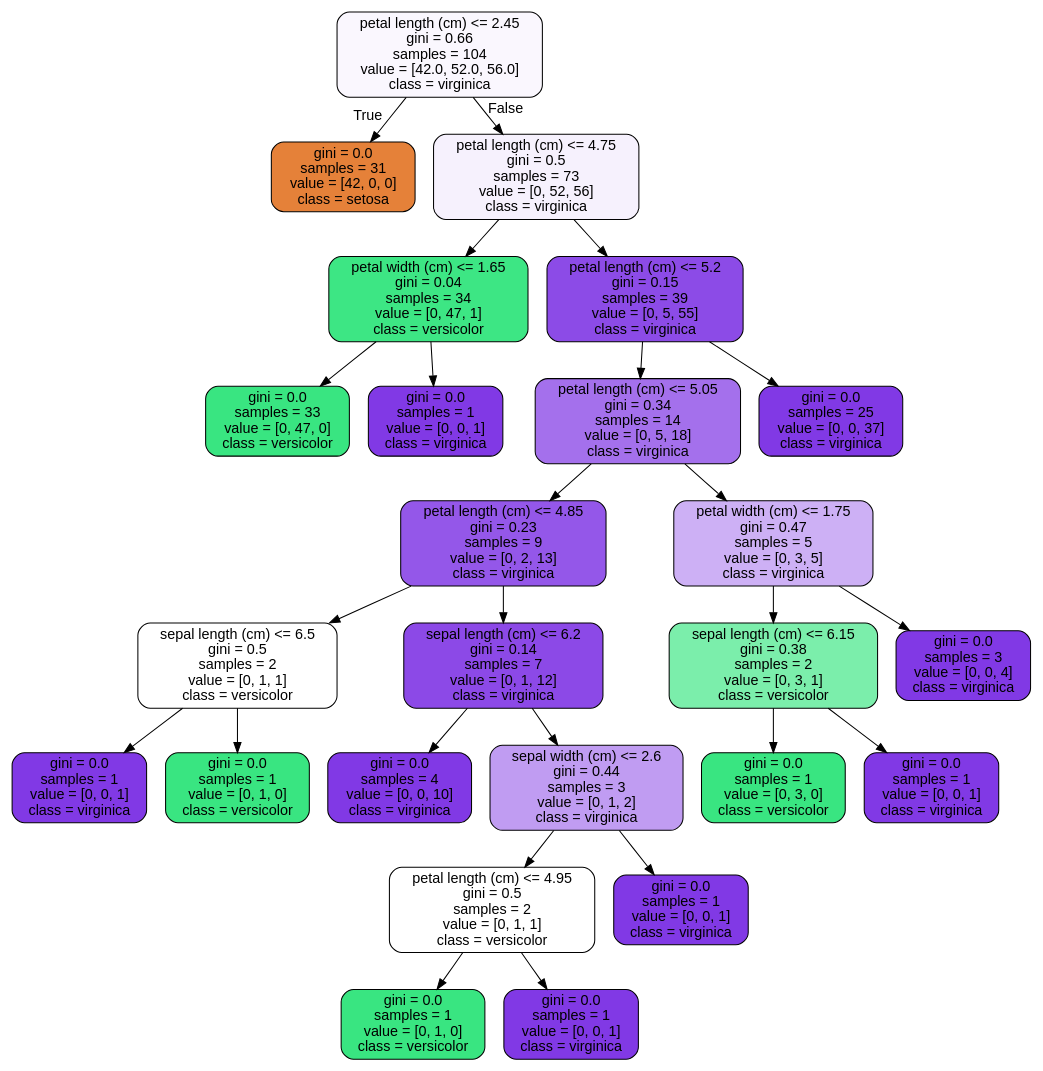
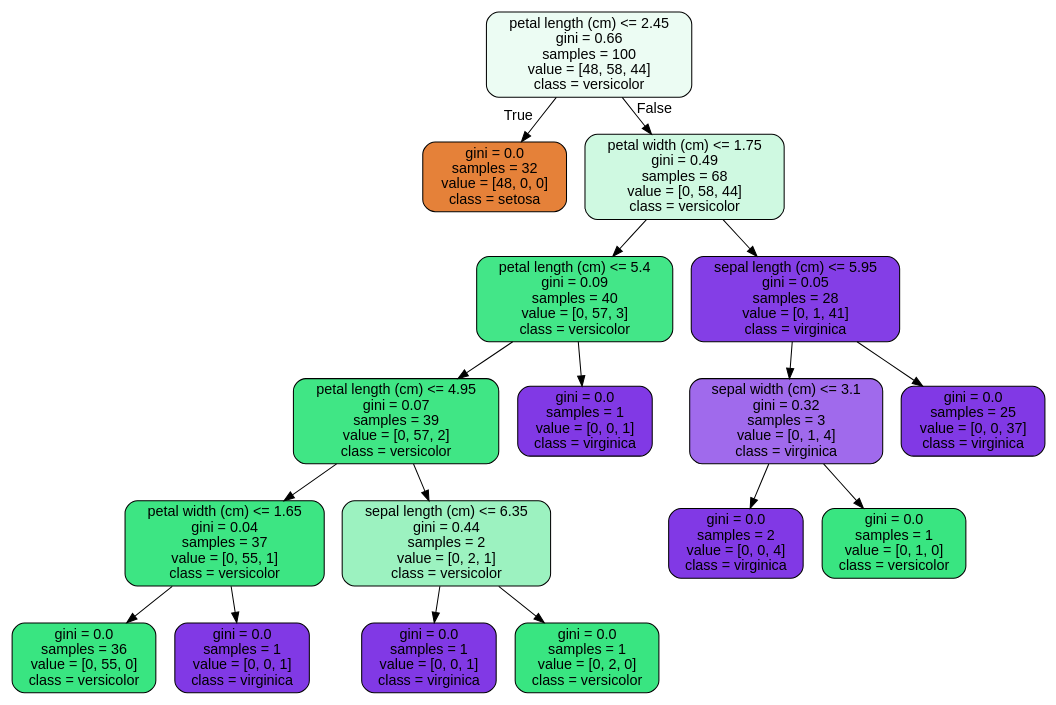
Before and after one commit to ErockMahan1/SpringBoardProjects: the diagram in 25.4 - Ensemble Methods/tree.dot, drawn with Graphviz. The commit also changed 3 other files, not shown here.

```diff
--- a/25.4 - Ensemble Methods/tree.dot
+++ b/25.4 - Ensemble Methods/tree.dot
@@ -1,53 +1,37 @@
 digraph Tree {
 node [shape=box, style="filled, rounded", color="black", fontname="helvetica"] ;
 edge [fontname="helvetica"] ;
-0 [label="petal length (cm) <= 2.45\ngini = 0.66\nsamples = 104\nvalue = [42.0, 52.0, 56.0]\nclass = virginica", fillcolor="#faf7fe"] ;
-1 [label="gini = 0.0\nsamples = 31\nvalue = [42, 0, 0]\nclass = setosa", fillcolor="#e58139"] ;
+0 [label="petal length (cm) <= 2.45\ngini = 0.66\nsamples = 100\nvalue = [48, 58, 44]\nclass = versicolor", fillcolor="#ecfcf3"] ;
+1 [label="gini = 0.0\nsamples = 32\nvalue = [48, 0, 0]\nclass = setosa", fillcolor="#e58139"] ;
 0 -> 1 [labeldistance=2.5, labelangle=45, headlabel="True"] ;
-2 [label="petal length (cm) <= 4.75\ngini = 0.5\nsamples = 73\nvalue = [0, 52, 56]\nclass = virginica", fillcolor="#f6f1fd"] ;
+2 [label="petal width (cm) <= 1.75\ngini = 0.49\nsamples = 68\nvalue = [0, 58, 44]\nclass = versicolor", fillcolor="#cff9e1"] ;
 0 -> 2 [labeldistance=2.5, labelangle=-45, headlabel="False"] ;
-3 [label="petal width (cm) <= 1.65\ngini = 0.04\nsamples = 34\nvalue = [0, 47, 1]\nclass = versicolor", fillcolor="#3de684"] ;
+3 [label="petal length (cm) <= 5.4\ngini = 0.09\nsamples = 40\nvalue = [0, 57, 3]\nclass = versicolor", fillcolor="#43e688"] ;
 2 -> 3 ;
-4 [label="gini = 0.0\nsamples = 33\nvalue = [0, 47, 0]\nclass = versicolor", fillcolor="#39e581"] ;
+4 [label="petal length (cm) <= 4.95\ngini = 0.07\nsamples = 39\nvalue = [0, 57, 2]\nclass = versicolor", fillcolor="#40e685"] ;
 3 -> 4 ;
-5 [label="gini = 0.0\nsamples = 1\nvalue = [0, 0, 1]\nclass = virginica", fillcolor="#8139e5"] ;
-3 -> 5 ;
-6 [label="petal length (cm) <= 5.2\ngini = 0.15\nsamples = 39\nvalue = [0, 5, 55]\nclass = virginica", fillcolor="#8c4be7"] ;
-2 -> 6 ;
-7 [label="petal length (cm) <= 5.05\ngini = 0.34\nsamples = 14\nvalue = [0, 5, 18]\nclass = virginica", fillcolor="#a470ec"] ;
-6 -> 7 ;
-8 [label="petal length (cm) <= 4.85\ngini = 0.23\nsamples = 9\nvalue = [0, 2, 13]\nclass = virginica", fillcolor="#9457e9"] ;
-7 -> 8 ;
-9 [label="sepal length (cm) <= 6.5\ngini = 0.5\nsamples = 2\nvalue = [0, 1, 1]\nclass = versicolor", fillcolor="#ffffff"] ;
+5 [label="petal width (cm) <= 1.65\ngini = 0.04\nsamples = 37\nvalue = [0, 55, 1]\nclass = versicolor", fillcolor="#3de583"] ;
+4 -> 5 ;
+6 [label="gini = 0.0\nsamples = 36\nvalue = [0, 55, 0]\nclass = versicolor", fillcolor="#39e581"] ;
+5 -> 6 ;
+7 [label="gini = 0.0\nsamples = 1\nvalue = [0, 0, 1]\nclass = virginica", fillcolor="#8139e5"] ;
+5 -> 7 ;
+8 [label="sepal length (cm) <= 6.35\ngini = 0.44\nsamples = 2\nvalue = [0, 2, 1]\nclass = versicolor", fillcolor="#9cf2c0"] ;
+4 -> 8 ;
+9 [label="gini = 0.0\nsamples = 1\nvalue = [0, 0, 1]\nclass = virginica", fillcolor="#8139e5"] ;
 8 -> 9 ;
-10 [label="gini = 0.0\nsamples = 1\nvalue = [0, 0, 1]\nclass = virginica", fillcolor="#8139e5"] ;
-9 -> 10 ;
-11 [label="gini = 0.0\nsamples = 1\nvalue = [0, 1, 0]\nclass = versicolor", fillcolor="#39e581"] ;
-9 -> 11 ;
-12 [label="sepal length (cm) <= 6.2\ngini = 0.14\nsamples = 7\nvalue = [0, 1, 12]\nclass = virginica", fillcolor="#8c49e7"] ;
-8 -> 12 ;
-13 [label="gini = 0.0\nsamples = 4\nvalue = [0, 0, 10]\nclass = virginica", fillcolor="#8139e5"] ;
+10 [label="gini = 0.0\nsamples = 1\nvalue = [0, 2, 0]\nclass = versicolor", fillcolor="#39e581"] ;
+8 -> 10 ;
+11 [label="gini = 0.0\nsamples = 1\nvalue = [0, 0, 1]\nclass = virginica", fillcolor="#8139e5"] ;
+3 -> 11 ;
+12 [label="sepal length (cm) <= 5.95\ngini = 0.05\nsamples = 28\nvalue = [0, 1, 41]\nclass = virginica", fillcolor="#843ee6"] ;
+2 -> 12 ;
+13 [label="sepal width (cm) <= 3.1\ngini = 0.32\nsamples = 3\nvalue = [0, 1, 4]\nclass = virginica", fillcolor="#a06aec"] ;
 12 -> 13 ;
-14 [label="sepal width (cm) <= 2.6\ngini = 0.44\nsamples = 3\nvalue = [0, 1, 2]\nclass = virginica", fillcolor="#c09cf2"] ;
-12 -> 14 ;
-15 [label="petal length (cm) <= 4.95\ngini = 0.5\nsamples = 2\nvalue = [0, 1, 1]\nclass = versicolor", fillcolor="#ffffff"] ;
-14 -> 15 ;
-16 [label="gini = 0.0\nsamples = 1\nvalue = [0, 1, 0]\nclass = versicolor", fillcolor="#39e581"] ;
-15 -> 16 ;
-17 [label="gini = 0.0\nsamples = 1\nvalue = [0, 0, 1]\nclass = virginica", fillcolor="#8139e5"] ;
-15 -> 17 ;
-18 [label="gini = 0.0\nsamples = 1\nvalue = [0, 0, 1]\nclass = virginica", fillcolor="#8139e5"] ;
-14 -> 18 ;
-19 [label="petal width (cm) <= 1.75\ngini = 0.47\nsamples = 5\nvalue = [0, 3, 5]\nclass = virginica", fillcolor="#cdb0f5"] ;
-7 -> 19 ;
-20 [label="sepal length (cm) <= 6.15\ngini = 0.38\nsamples = 2\nvalue = [0, 3, 1]\nclass = versicolor", fillcolor="#7beeab"] ;
-19 -> 20 ;
-21 [label="gini = 0.0\nsamples = 1\nvalue = [0, 3, 0]\nclass = versicolor", fillcolor="#39e581"] ;
-20 -> 21 ;
-22 [label="gini = 0.0\nsamples = 1\nvalue = [0, 0, 1]\nclass = virginica", fillcolor="#8139e5"] ;
-20 -> 22 ;
-23 [label="gini = 0.0\nsamples = 3\nvalue = [0, 0, 4]\nclass = virginica", fillcolor="#8139e5"] ;
-19 -> 23 ;
-24 [label="gini = 0.0\nsamples = 25\nvalue = [0, 0, 37]\nclass = virginica", fillcolor="#8139e5"] ;
-6 -> 24 ;
+14 [label="gini = 0.0\nsamples = 2\nvalue = [0, 0, 4]\nclass = virginica", fillcolor="#8139e5"] ;
+13 -> 14 ;
+15 [label="gini = 0.0\nsamples = 1\nvalue = [0, 1, 0]\nclass = versicolor", fillcolor="#39e581"] ;
+13 -> 15 ;
+16 [label="gini = 0.0\nsamples = 25\nvalue = [0, 0, 37]\nclass = virginica", fillcolor="#8139e5"] ;
+12 -> 16 ;
 }
```
